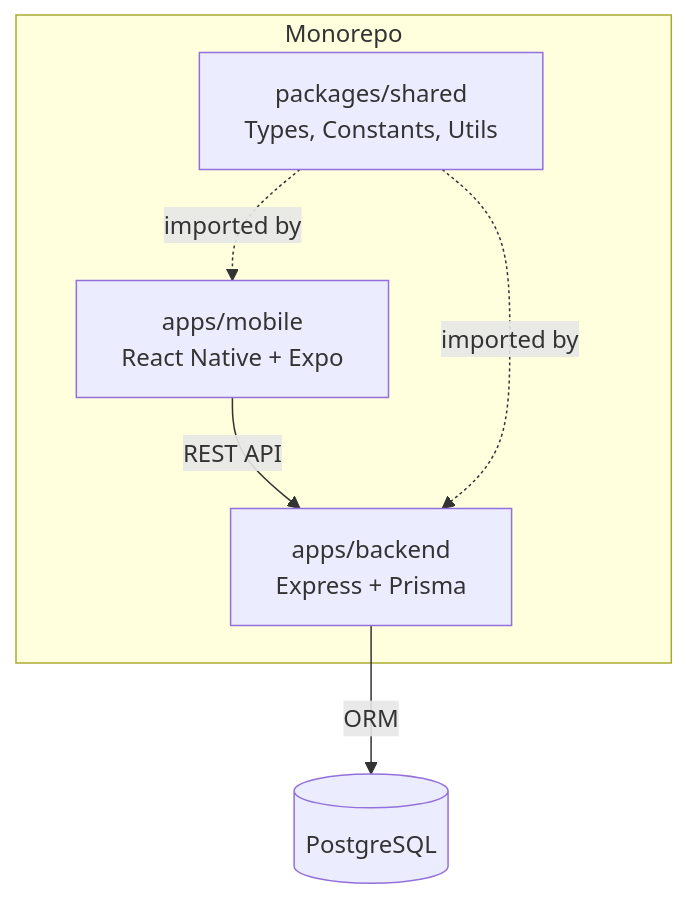
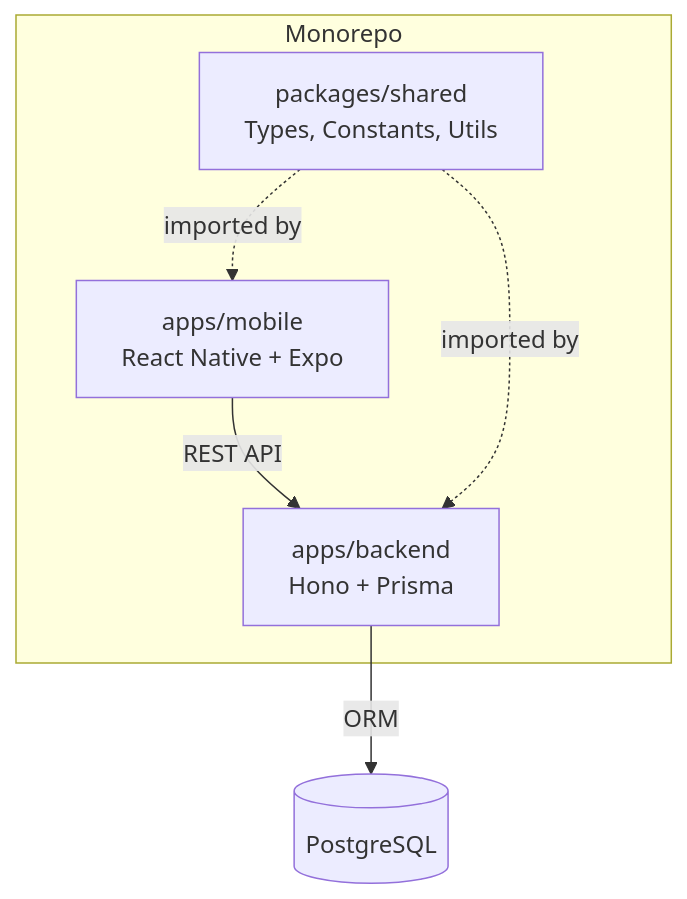
Before and after one commit to edmundtrinh/DYDYD: the diagram in README.md, drawn with Mermaid. The commit also changed other lines of this file and 3 other files, not shown here.

First line of the commit message:
docs: update roadmap, README, and architecture docs for modernized stack

````diff
--- a/README.md
+++ b/README.md
@@ -60,15 +60,15 @@
 ```mermaid
 graph TD
     subgraph Monorepo
         MOBILE["apps/mobile<br/>React Native + Expo"]
-        BACKEND["apps/backend<br/>Express + Prisma"]
+        BACKEND["apps/backend<br/>Hono + Prisma"]
         SHARED["packages/shared<br/>Types, Constants, Utils"]
     end
 
     DB[(PostgreSQL)]
 
     MOBILE -->|REST API| BACKEND
     BACKEND -->|ORM| DB
     SHARED -.->|imported by| MOBILE
     SHARED -.->|imported by| BACKEND
 ```
````
